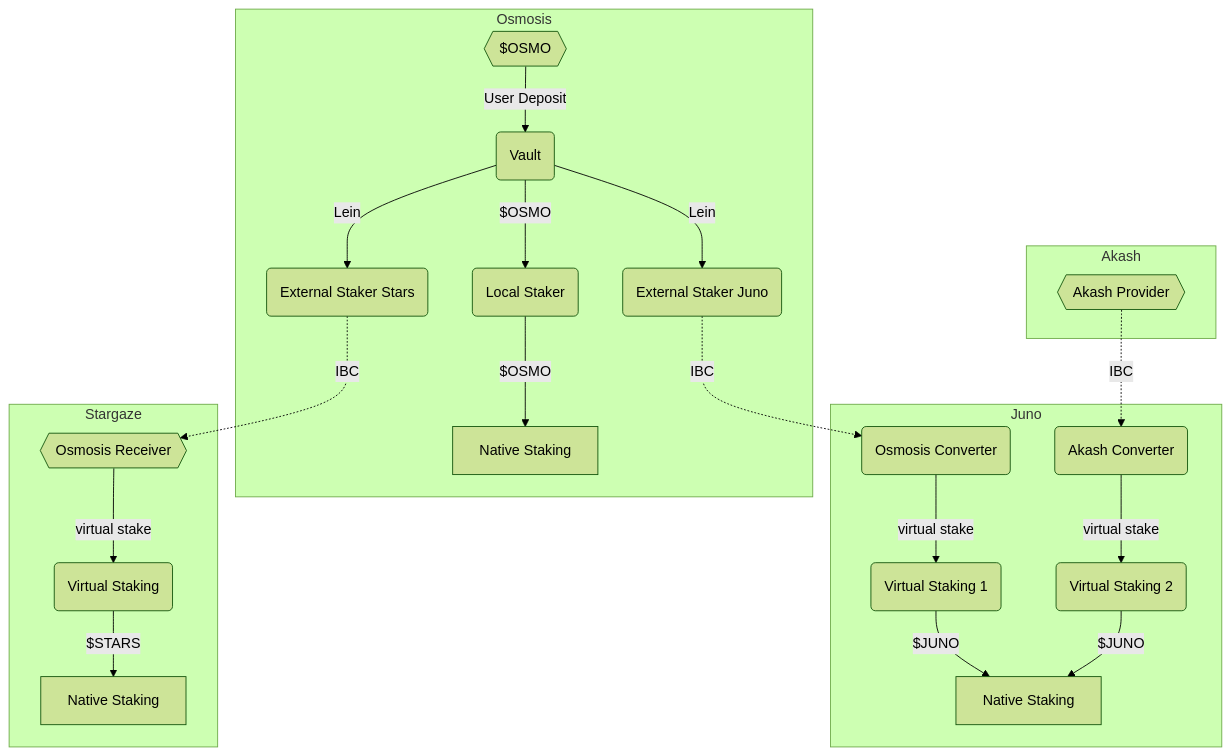
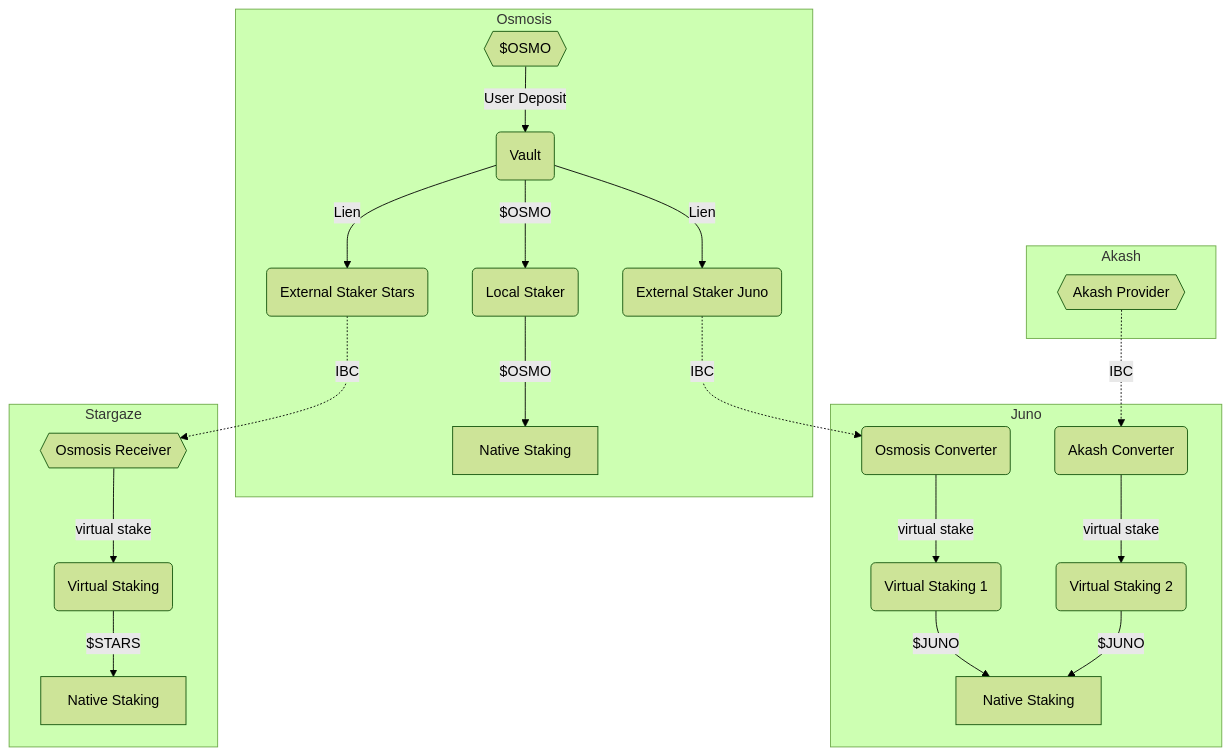
One commit to 0xVov5/mesh changed the diagram in docs/README.md. Above: the diagram before and after it, drawn with Mermaid. The commit also changed 2 other files, not shown here.

Commit message:
Rename Lein -> Lien

````diff
--- a/docs/README.md
+++ b/docs/README.md
@@ -8,33 +8,33 @@
 ```mermaid
 flowchart TD
   %%{init: {'theme': 'forest'}}%%
   
   subgraph Osmosis
   A{{$OSMO}} -- User Deposit --> B(Vault);
   B -- $OSMO --> C(Local Staker);
   C -- $OSMO --> D[Native Staking]
-  B -- Lein --> E(External Staker Juno);
-  B -- Lein --> G(External Staker Stars);
+  B -- Lien --> E(External Staker Juno);
+  B -- Lien --> G(External Staker Stars);
   end
   
   E -. IBC .-> M;
   H -. IBC .-> N;
 
   subgraph Akash
   H{{Akash Provider}};
   end
 
   subgraph Juno
   M(Osmosis Converter) -- virtual stake --> O(Virtual Staking 1);
   N(Akash Converter) -- virtual stake --> P(Virtual Staking 2);
   O & P -- $JUNO --> Q[Native Staking];
   end
 
   G -. IBC .-> R;
 
   subgraph Stargaze
   R{{Osmosis Receiver}} -- virtual stake --> S(Virtual Staking);
   S -- $STARS --> T[Native Staking];
   end
 
 ```
````
